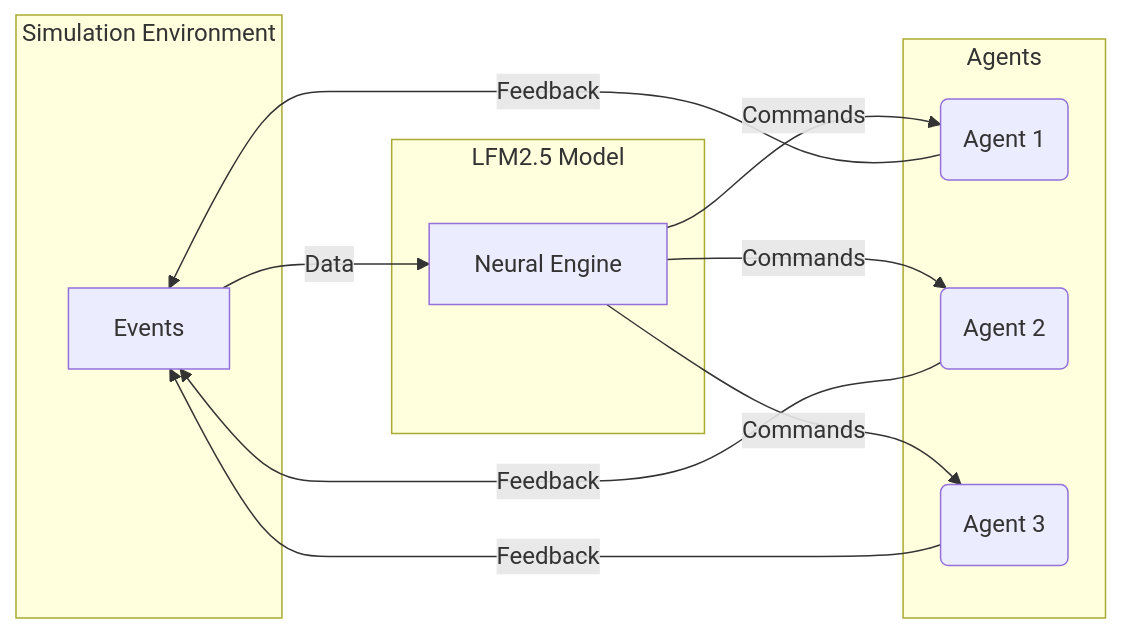
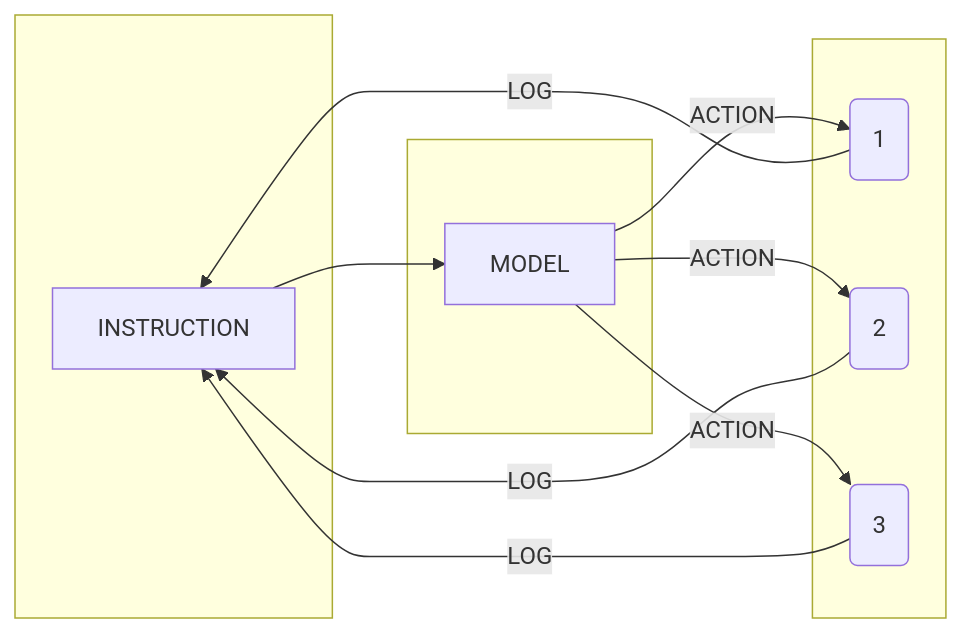
The diagram in README.md (CYGDEN/WORLD.AI), drawn with Mermaid before and after one commit.

````diff
--- a/README.md
+++ b/README.md
@@ -4,20 +4,20 @@
 ```mermaid
 graph LR
-    subgraph World [Simulation Environment]
-        E[Events]
+    subgraph World [ ]
+        E[INSTRUCTION]
     end
 
-    subgraph Brain [LFM2.5 Model]
-        N[Neural Engine]
+    subgraph Brain [ ]
+        N[MODEL]
     end
 
-    subgraph Actors [Agents]
-        A1(Agent 1)
-        A2(Agent 2)
-        A3(Agent 3)
+    subgraph Actors [ ]
+        A1(1)
+        A2(2)
+        A3(3)
     end
 
-    E -->|Data| N
-    N -->|Commands| A1 & A2 & A3
-    A1 & A2 & A3 -->|Feedback| E
+    E -->| | N
+    N -->|ACTION| A1 & A2 & A3
+    A1 & A2 & A3 -->|LOG| E
 ```
````
